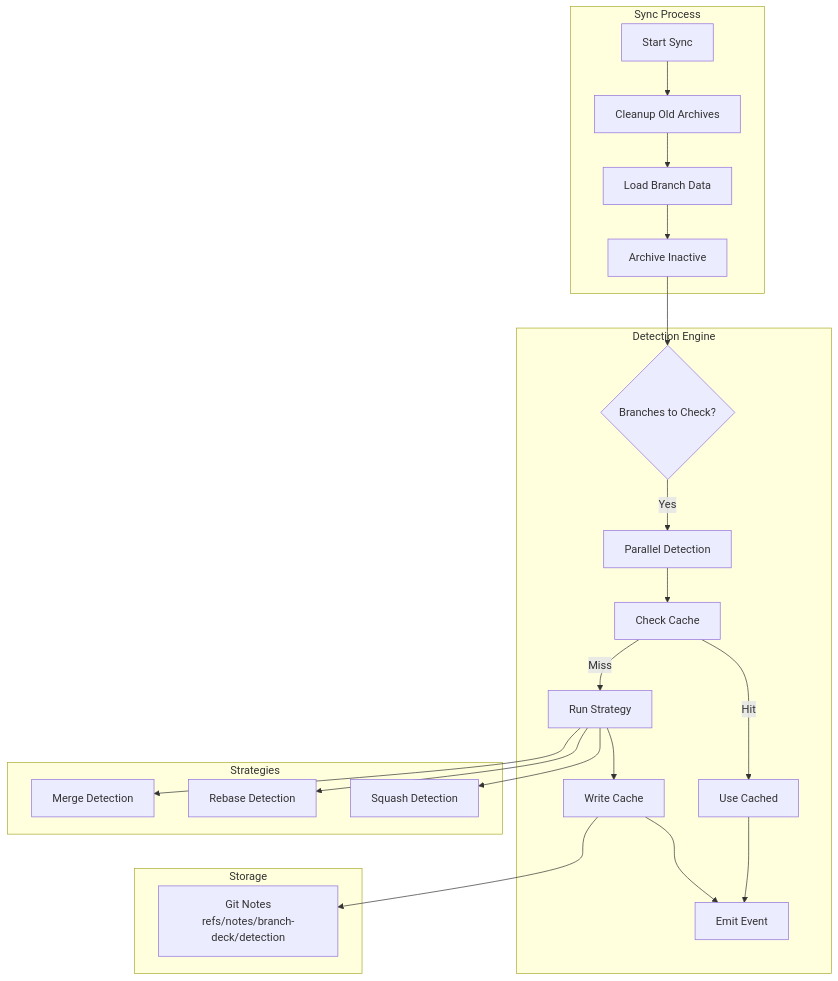
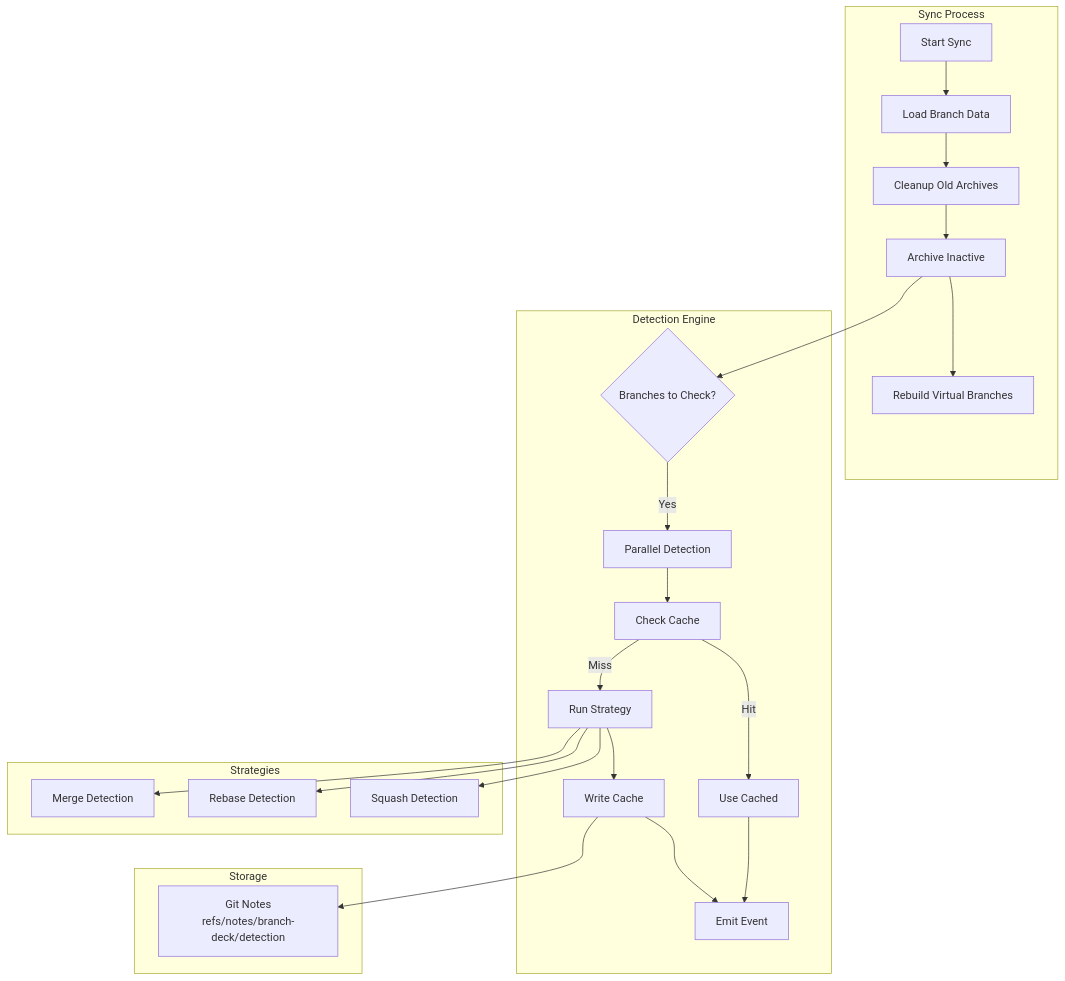
The diagram in docs/design/integration-detection.md (develar/branch-deck), drawn with Mermaid before and after one commit. The commit also changed other lines of this file and 23 other files, not shown here.

First line of the commit message:
fix(archive): archive before the rebuild, by namespace, never a checked-out branch

````diff
--- a/docs/design/integration-detection.md
+++ b/docs/design/integration-detection.md
@@ -23,29 +23,30 @@
 ```mermaid
 flowchart TB
     subgraph "Sync Process"
-        A[Start Sync] --> B[Cleanup Old Archives]
-        B --> C[Load Branch Data]
-        C --> D[Archive Inactive]
+        A[Start Sync] --> C[Load Branch Data]
+        C --> B[Cleanup Old Archives]
+        B --> D[Archive Inactive]
+        D --> R[Rebuild Virtual Branches]
     end
     
     subgraph "Detection Engine"
         D --> E{Branches to Check?}
         E -->|Yes| F[Parallel Detection]
         F --> G[Check Cache]
         G -->|Miss| H[Run Strategy]
         G -->|Hit| I[Use Cached]
         H --> J[Write Cache]
         I --> K[Emit Event]
         J --> K
     end
     
     subgraph "Strategies"
         H --> L[Merge Detection]
         H --> M[Rebase Detection]
         H --> N[Squash Detection]
     end
     
     subgraph "Storage"
         J --> O[Git Notes<br/>refs/notes/branch-deck/detection]
     end
 ```
````
